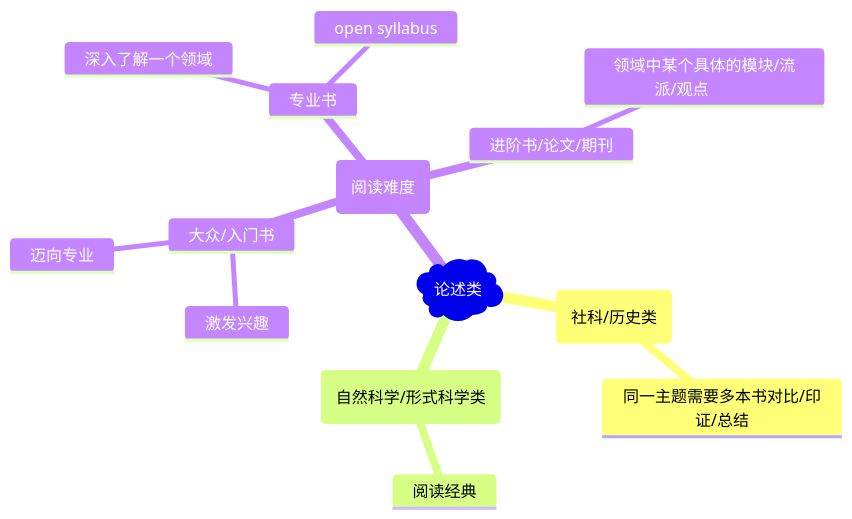
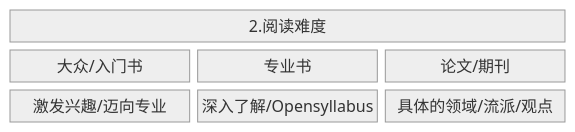
Before and after one commit to El25Aleph/_Aleph: the third of 3 diagrams in PKM-ref-把阅读作为方法：从选书到笔记的经验分享.md, drawn with Mermaid. The commit also changed other lines of this file and 5 other files, not shown here.

````diff
--- a/PKM-ref-把阅读作为方法：从选书到笔记的经验分享.md
+++ b/PKM-ref-把阅读作为方法：从选书到笔记的经验分享.md
@@ -121,17 +97,8 @@
 ```mermaid
-mindmap
-)论述类(
-	(社科/历史类)
-		同一主题需要多本书对比/印证/总结
-	(自然科学/形式科学类)
-		阅读经典
-	(阅读难度)
-		大众/入门书
-			激发兴趣
-			迈向专业
-		专业书
-			深入了解一个领域
-			open syllabus
-		进阶书/论文/期刊
-			领域中某个具体的模块/流派/观点		
+block-beta
+%%{init:{'theme':'neutral'}}%%
+columns 3
+2.阅读难度:3
+大众/入门书 专业书 论文/期刊
+激发兴趣/迈向专业 深入了解/Opensyllabus 具体的领域/流派/观点 
 ```
````
